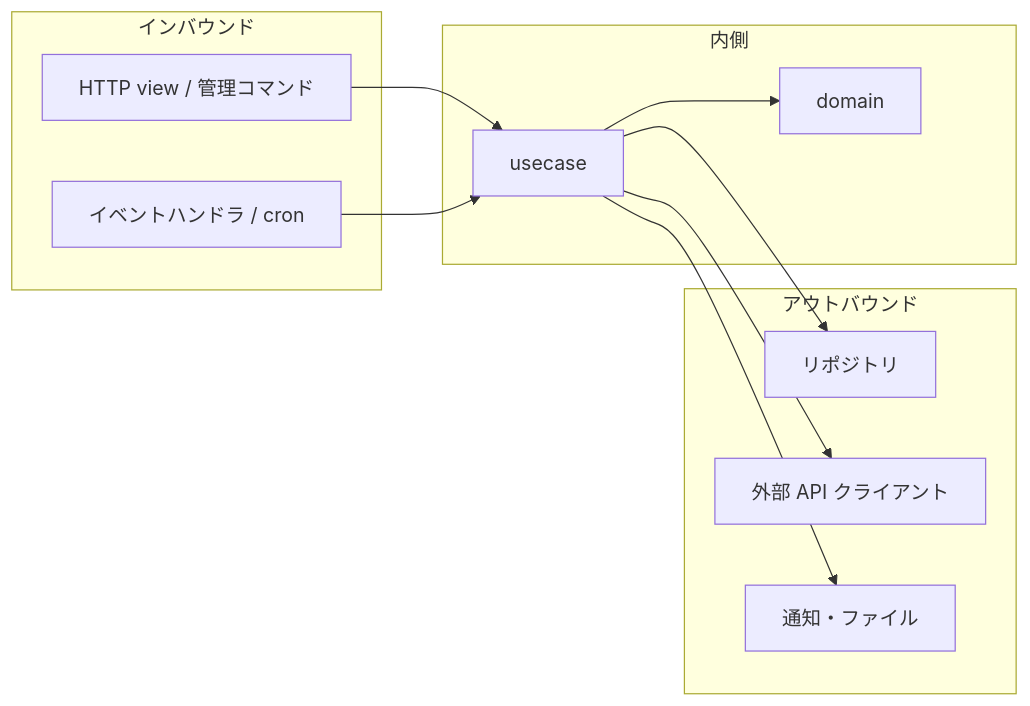
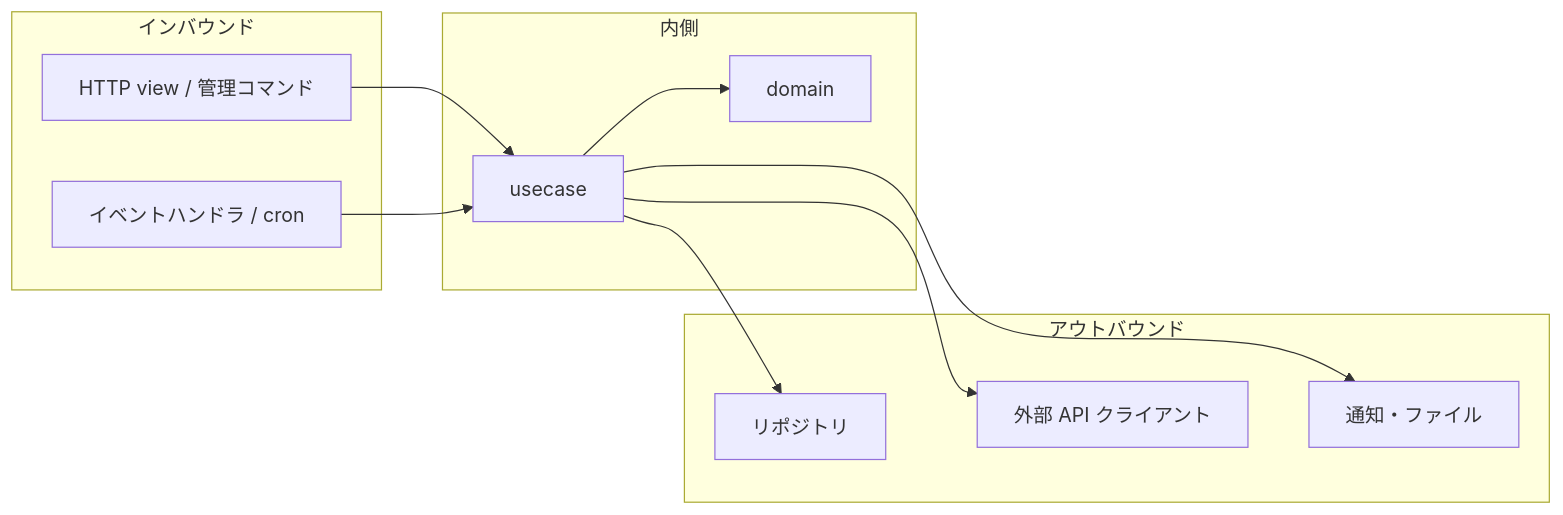
One commit to Fkinds/dotfiles changed the diagram in .claude/skills/adapter-design/SKILL.md. Above: the diagram before and after it, drawn with Mermaid.

Commit message:
docs(claude): adapter-design の図でアウトバウンドを横並びに固定する
usecase から出る 3 本の矢印が、外部 API クライアント → 通知・ファイル の
連鎖に見えていた。不可視リンクで並びを固定して解消する。

````diff
--- a/.claude/skills/adapter-design/SKILL.md
+++ b/.claude/skills/adapter-design/SKILL.md
@@ -21,20 +21,22 @@
 ```mermaid
 flowchart LR
     subgraph inbound["インバウンド"]
         http["HTTP view / 管理コマンド"]
         evt["イベントハンドラ / cron"]
     end
     subgraph core["内側"]
         usecase --> domain
     end
     subgraph outbound["アウトバウンド"]
         repo["リポジトリ"]
         api["外部 API クライアント"]
         notify["通知・ファイル"]
     end
     http --> usecase
     evt --> usecase
     usecase --> repo
     usecase --> api
     usecase --> notify
+    %% 不可視リンク。アウトバウンドを横並びに固定して矢印の連鎖に見えるのを防ぐ
+    repo ~~~ api ~~~ notify
 ```
````
